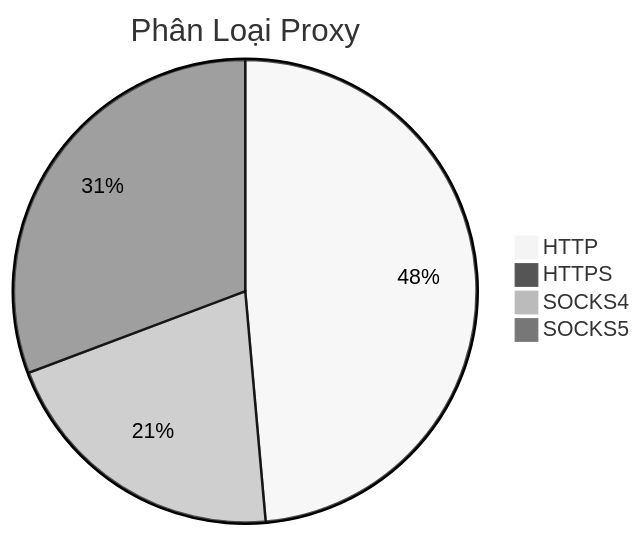
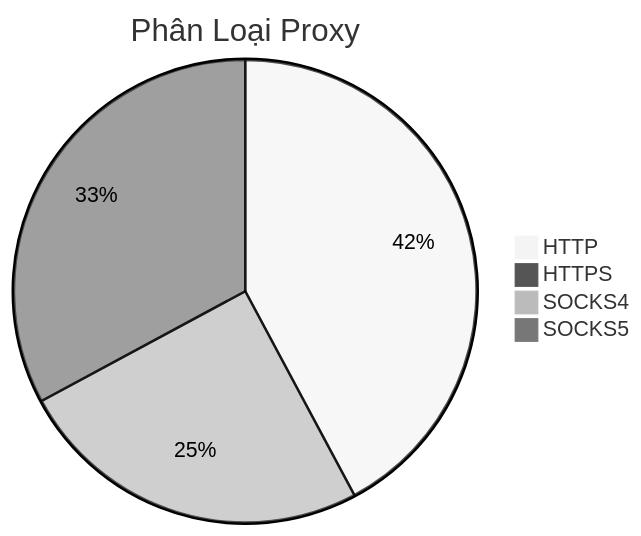
One commit to Ciara-12/PROXY-free changed the diagram in README.md. Above: the diagram before and after it, drawn with Mermaid (neutral theme). The commit also changed other lines of this file and 4 other files, not shown here.

````diff
--- a/README.md
+++ b/README.md
@@ -26,7 +26,7 @@
 ```mermaid
 pie title Phân Loại Proxy
-    "HTTP" : 517
-    "HTTPS" : 2
-    "SOCKS4" : 220
-    "SOCKS5" : 327
+    "HTTP" : 480
+    "HTTPS" : 0
+    "SOCKS4" : 284
+    "SOCKS5" : 374
 ```
````
